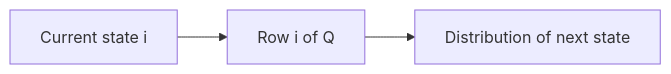
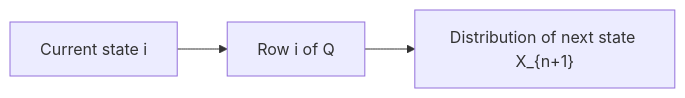
One commit to romeo-mhakayakora/knowledge changed the third of 5 diagrams in content/mathematics/probability/12-markov-chains/11.1-Markov-Property.md. Above: the diagram before and after it, drawn with Mermaid. The commit also changed other lines of this file, not shown here.

````diff
--- a/content/mathematics/probability/12-markov-chains/11.1-Markov-Property.md
+++ b/content/mathematics/probability/12-markov-chains/11.1-Markov-Property.md
@@ -392,8 +403,8 @@
 ```mermaid
 flowchart LR
     A["Current state i"]
     B["Row i of Q"]
-    C["Distribution of next state"]
+    C["Distribution of next state X_{n+1}"]
 
     A --> B --> C
 ```
````
